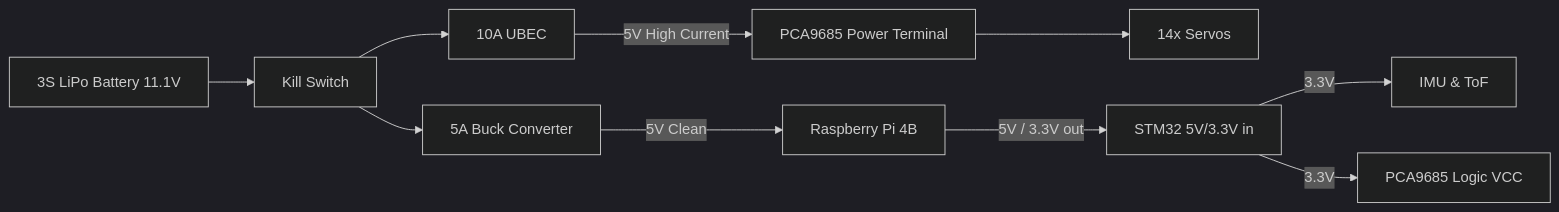
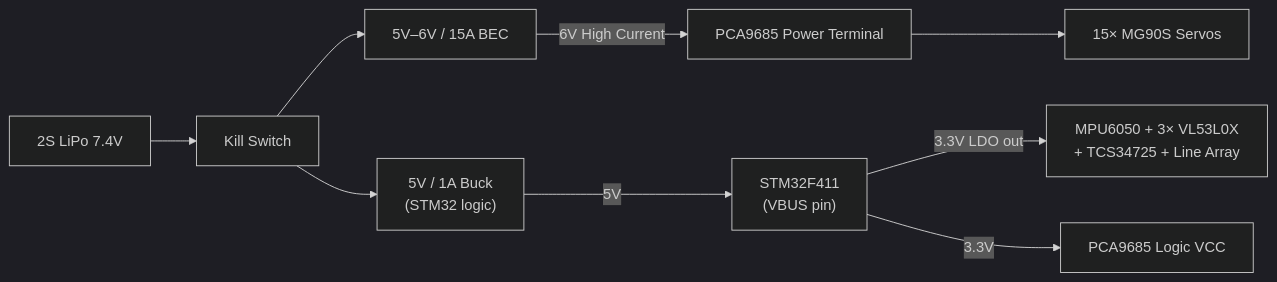
The diagram in docs/POWER_ARCHITECTURE.md (sandaruns2004/FusionForce-Robotics), drawn with Mermaid (dark theme) before and after one commit. The commit also changed other lines of this file and 33 other files, not shown here.

````diff
--- a/docs/POWER_ARCHITECTURE.md
+++ b/docs/POWER_ARCHITECTURE.md
@@ -15,17 +18,15 @@
 ```mermaid
 flowchart LR
-    BATT[3S LiPo Battery 11.1V] --> SWITCH[Kill Switch]
-    
-    SWITCH --> UBEC[10A UBEC]
-    SWITCH --> BUCK[5A Buck Converter]
-    
-    UBEC -->|5V High Current| PCA_PWR[PCA9685 Power Terminal]
-    PCA_PWR --> SERVOS[14x Servos]
-    
-    BUCK -->|5V Clean| PI[Raspberry Pi 4B]
-    
-    PI -->|5V / 3.3V out| STM[STM32 5V/3.3V in]
-    
-    STM -->|3.3V| SENSORS[IMU & ToF]
-    STM -->|3.3V| PCA_LOGIC[PCA9685 Logic VCC]
+    BATT["2S LiPo 7.4V"] --> SWITCH["Kill Switch"]
+
+    SWITCH --> BEC["5V–6V / 15A BEC"]
+    SWITCH --> BUCK["5V / 1A Buck\n(STM32 logic)"]
+
+    BEC --> |"6V High Current"| PCA_PWR["PCA9685 Power Terminal"]
+    PCA_PWR --> SERVOS["15× MG90S Servos"]
+
+    BUCK --> |"5V"| STM["STM32F411\n(VBUS pin)"]
+
+    STM --> |"3.3V LDO out"| SENSORS["MPU6050 + 3× VL53L0X\n+ TCS34725 + Line Array"]
+    STM --> |"3.3V"| PCA_LOGIC["PCA9685 Logic VCC"]
 ```
````
